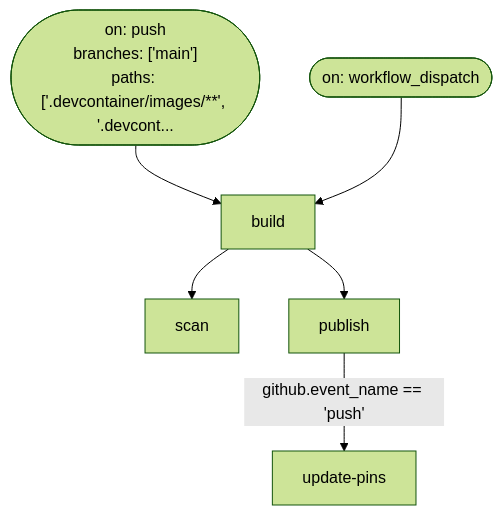
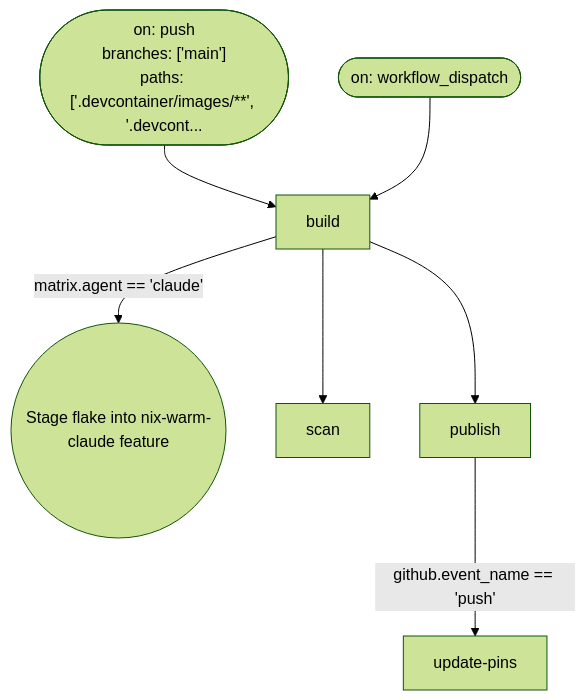
One commit to tvna/claude-md changed the diagram in docs/generated/workflows/publish-devcontainer-images-if-branches.md. Above: the diagram before and after it, drawn with Mermaid (forest theme).

Commit message:
docs(devcontainer): regenerate workflow graph for nix-warm-claude stage step
Auto-generated visualization of publish-devcontainer-images.yml, refreshed to
include the claude-only "Stage flake into nix-warm-claude feature" step added
for the build-time closure bake.

Refs #1491.

https://claude.ai/code/session_01LHsybiHmuEKciYVfL8M4PC

````diff
--- a/docs/generated/workflows/publish-devcontainer-images-if-branches.md
+++ b/docs/generated/workflows/publish-devcontainer-images-if-branches.md
@@ -5,17 +5,19 @@
 ```mermaid
 flowchart TD
 
     T_push(["on: push\nbranches: ['main']\npaths: ['.devcontainer/images/**', '.devcont..."])
     T_workflow_dispatch(["on: workflow_dispatch"])
 
     J_build["build"]
+    S_J_build_0(("Stage flake into nix-warm-claude feature"))
     J_scan["scan"]
     J_publish["publish"]
     J_update_pins["update-pins"]
 
     T_push --> J_build
     T_workflow_dispatch --> J_build
+    J_build -->|"matrix.agent == 'claude'"| S_J_build_0
     J_build --> J_scan
     J_build --> J_publish
     J_publish -->|"github.event_name == 'push'"| J_update_pins
 ```
````
